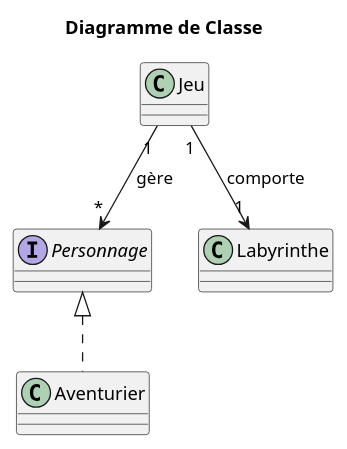
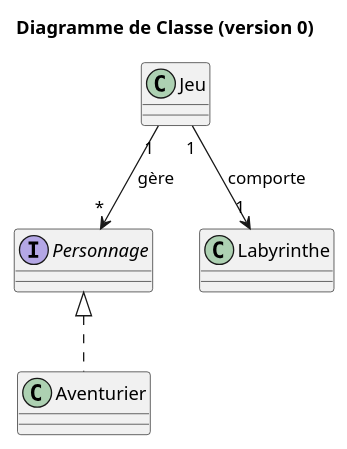
Before and after one commit to lucas-martinati-pro/SAE_S2.01_Zeldiablo-LucasM_JeanLM_PierreGSV: the diagram in documents/version_1/Diagramme de Classe.puml, drawn with PlantUML. The commit also changed 5 other files, not shown here.

Commit message:
rename Diagramme

```diff
--- a/documents/version_1/Diagramme de Classe.puml
+++ b/documents/version_1/Diagramme de Classe.puml
@@ -1,14 +1,14 @@
 @startuml
-title Diagramme de Classe
+title Diagramme de Classe (version 0)
 
 '''classes
 class Jeu
 interface Personnage
 class Aventurier
 class Labyrinthe
 
 '''relations
 Jeu "1" --> "1" Labyrinthe : comporte
 Jeu "1" --> "*" Personnage : gère
 Personnage <|.. Aventurier
 @enduml
```
